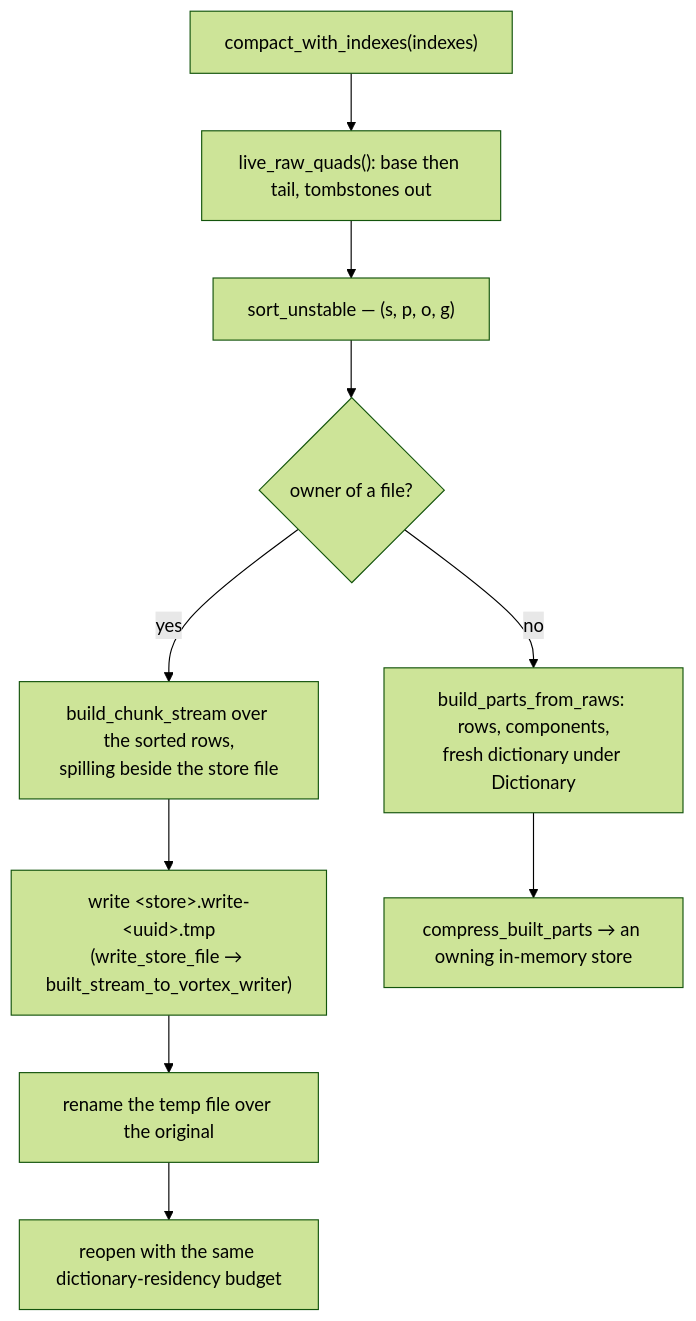
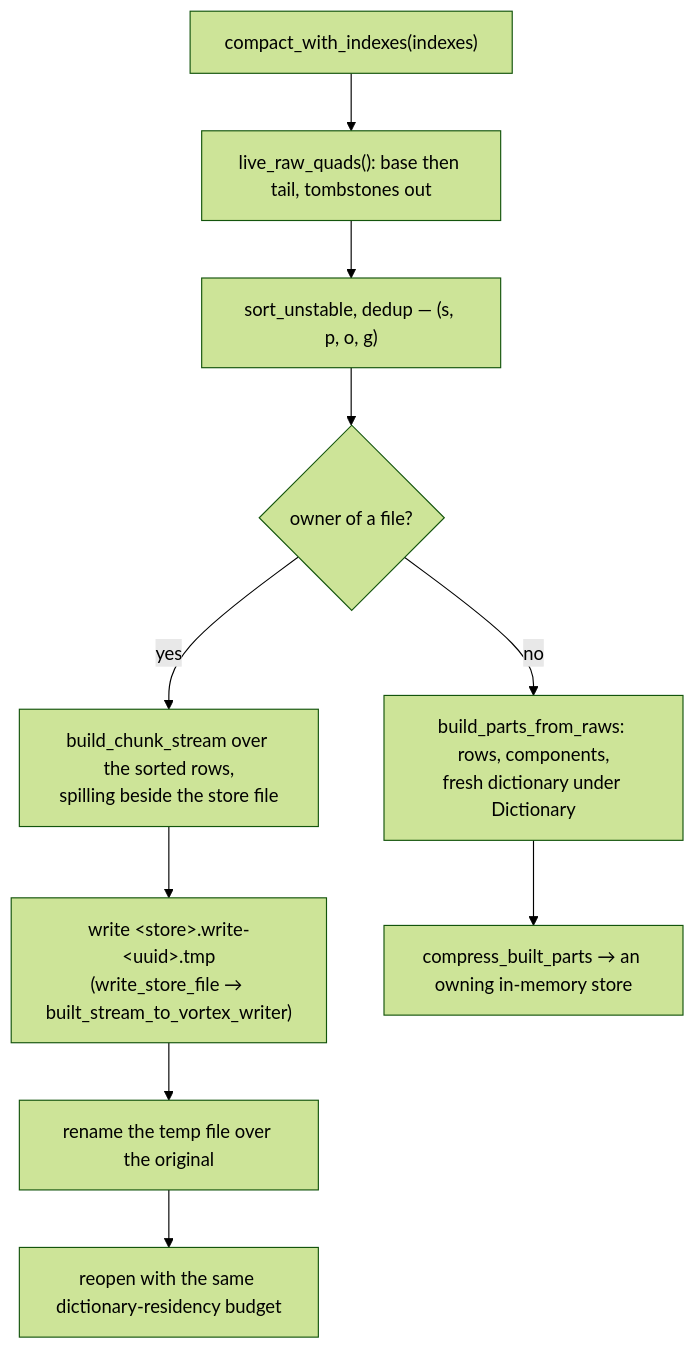
One commit to vortex-rdf/vortex-rdf changed the fourth of 4 diagrams in docs/mutations.md. Above: the diagram before and after it, drawn with Mermaid (forest theme). The commit also changed 14 other files, not shown here.

````diff
--- a/docs/mutations.md
+++ b/docs/mutations.md
@@ -199,12 +199,12 @@
 ```mermaid
 flowchart TD
     C["compact_with_indexes(indexes)"] --> L["live_raw_quads(): base then tail, tombstones out"]
-    L --> S["sort_unstable — (s, p, o, g)"]
+    L --> S["sort_unstable, dedup — (s, p, o, g)"]
     S --> O{"owner of a file?"}
     O -- "yes" --> F1["build_chunk_stream over the sorted rows,<br/>spilling beside the store file"]
     F1 --> F2["write &lt;store&gt;.write-&lt;uuid&gt;.tmp<br/>(write_store_file → built_stream_to_vortex_writer)"]
     F2 --> F3["rename the temp file over the original"]
     F3 --> F4["reopen with the same dictionary-residency budget"]
     O -- "no" --> M1["build_parts_from_raws: rows, components,<br/>fresh dictionary under Dictionary"]
     M1 --> M2["compress_built_parts → an owning in-memory store"]
 ```
````
